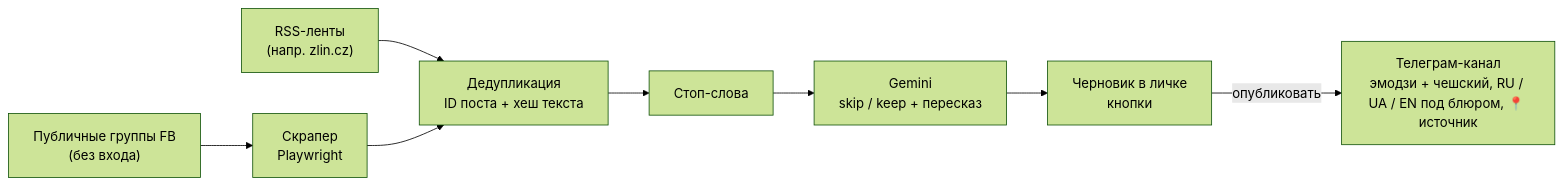
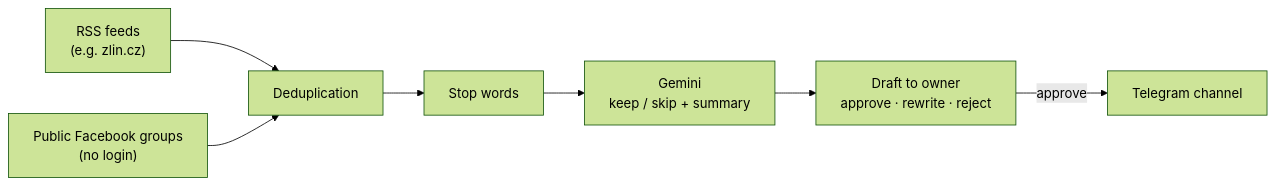
Before and after one commit to S1gnes/zlin: the diagram in README.md, drawn with Mermaid (forest theme). The commit also changed other lines of this file, not shown here.

First line of the commit message:
docs: rewrite README in English

````diff
--- a/README.md
+++ b/README.md
@@ -17,10 +13,9 @@
 ```mermaid
 flowchart LR
-    FB["Публичные группы FB<br/>(без входа)"] --> S["Скрапер<br/>Playwright"]
-    RSS["RSS-ленты<br/>(напр. zlin.cz)"] --> D
-    S --> D["Дедупликация<br/>ID поста + хеш текста"]
-    D --> F["Стоп-слова"]
-    F --> G["Gemini<br/>skip / keep + пересказ"]
-    G --> A["Черновик в личке<br/>кнопки"]
-    A -->|опубликовать| C["Телеграм-канал<br/>эмодзи + чешский, RU / UA / EN под блюром, 📍 источник"]
+    RSS["RSS feeds<br/>(e.g. zlin.cz)"] --> D
+    FB["Public Facebook groups<br/>(no login)"] --> D
+    D["Deduplication"] --> F["Stop words"]
+    F --> G["Gemini<br/>keep / skip + summary"]
+    G --> A["Draft to owner<br/>approve · rewrite · reject"]
+    A -->|approve| C["Telegram channel"]
 ```
````
